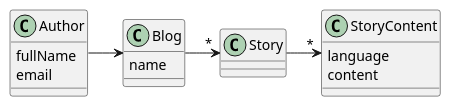
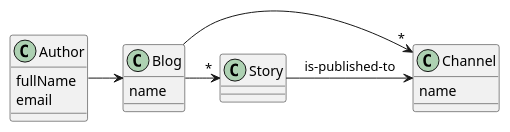
One commit to wutsi/wutsi-domain changed the diagram in doc/capabilities/blog/model.plantuml. Above: the diagram before and after it, drawn with PlantUML.

```diff
--- a/doc/capabilities/blog/model.plantuml
+++ b/doc/capabilities/blog/model.plantuml
@@ -1,23 +1,24 @@
 @startuml
 class Author {
   fullName
   email
 }
 
 class Blog {
   name
 }
 
-
 class Story {
 }
 
-class StoryContent {
-  language
-  content
+
+class Channel {
+  name
 }
 
+
 Author -> Blog
+Blog -> "*" Channel
 Blog -> "*" Story
-Story -> "*" StoryContent
+Story -> Channel: is-published-to
 @enduml
```
